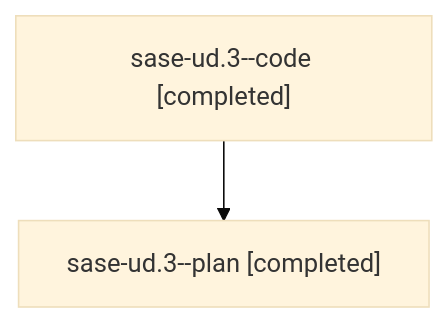
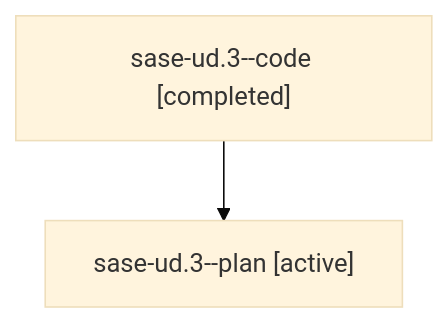
One commit to sase-org/sase--agents changed the diagram in families/bbugyi200.athena.sase-ud.3.md. Above: the diagram before and after it, drawn with Mermaid (base theme). The commit also changed other lines of this file and 35830 other files, not shown here.

````diff
--- a/families/bbugyi200.athena.sase-ud.3.md
+++ b/families/bbugyi200.athena.sase-ud.3.md
@@ -9,6 +9,6 @@
 ```mermaid
 flowchart TD
   n0["sase-ud.3--code [completed]"]
-  n1["sase-ud.3--plan [completed]"]
+  n1["sase-ud.3--plan [active]"]
   n0 --> n1
 ```
````
